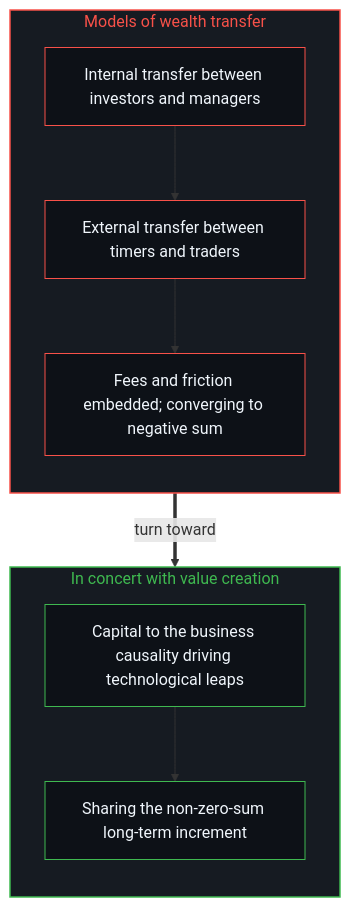
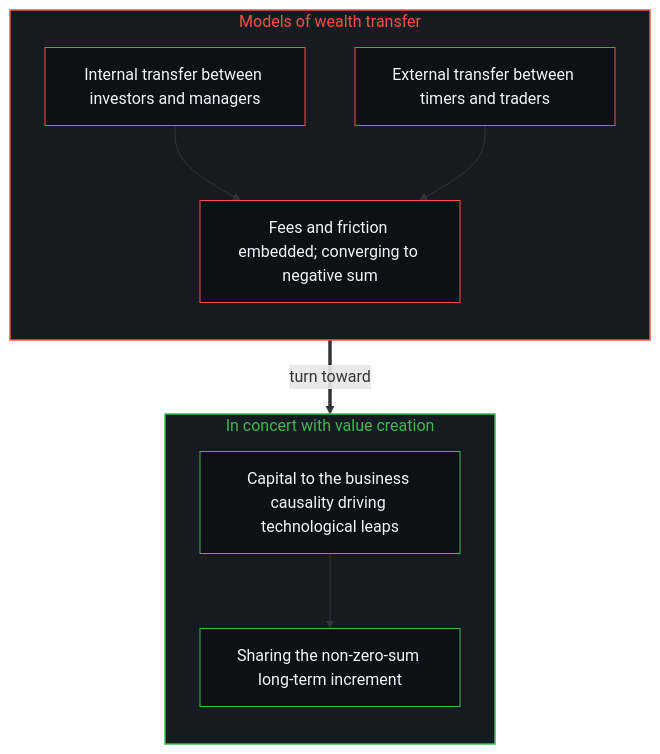
One commit to powerpig99/not-a-toe changed the second of 2 diagrams in content/posts/tou-zi-jue-ce-de-yin-guo-yu-zhen-zi-fu-ying-kui.md. Above: the diagram before and after it, drawn with Mermaid. The commit also changed other lines of this file and 6 other files, not shown here.

````diff
--- a/content/posts/tou-zi-jue-ce-de-yin-guo-yu-zhen-zi-fu-ying-kui.md
+++ b/content/posts/tou-zi-jue-ce-de-yin-guo-yu-zhen-zi-fu-ying-kui.md
@@ -57,25 +57,25 @@
 ```mermaid
 flowchart TD
     subgraph S_Transfer["Models of wealth transfer"]
         direction TB
         T1["Internal transfer between investors and managers"]
         T2["External transfer between timers and traders"]
         T3["Fees and friction embedded; converging to negative sum"]
     end
     subgraph S_Create["In concert with value creation"]
         direction TB
         C1["Capital to the business causality driving technological leaps"]
         C2["Sharing the non-zero-sum long-term increment"]
     end
-    T1 --> T2
+    T1 --> T3
     T2 --> T3
     T3 ==>|"turn toward"| C1
     C1 --> C2
     style S_Transfer fill:#161b22,stroke:#f85149,stroke-width:1.5px,color:#f85149
     style S_Create fill:#161b22,stroke:#3fb950,stroke-width:1.5px,color:#3fb950
     style T1 fill:#0d1117,stroke:#f85149,stroke-width:1px,color:#f0f6fc
     style T2 fill:#0d1117,stroke:#f85149,stroke-width:1px,color:#f0f6fc
     style T3 fill:#0d1117,stroke:#f85149,stroke-width:1px,color:#f0f6fc
     style C1 fill:#0d1117,stroke:#3fb950,stroke-width:1px,color:#f0f6fc
     style C2 fill:#0d1117,stroke:#3fb950,stroke-width:1px,color:#f0f6fc
 ```
````
